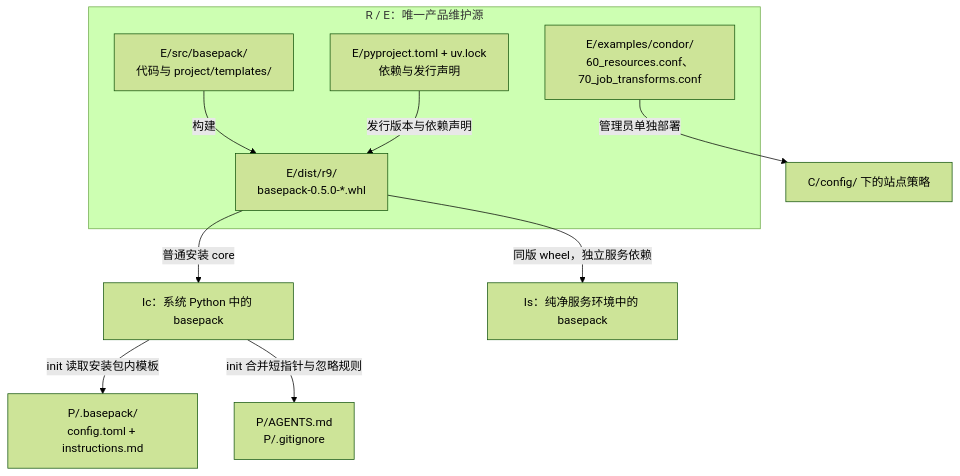
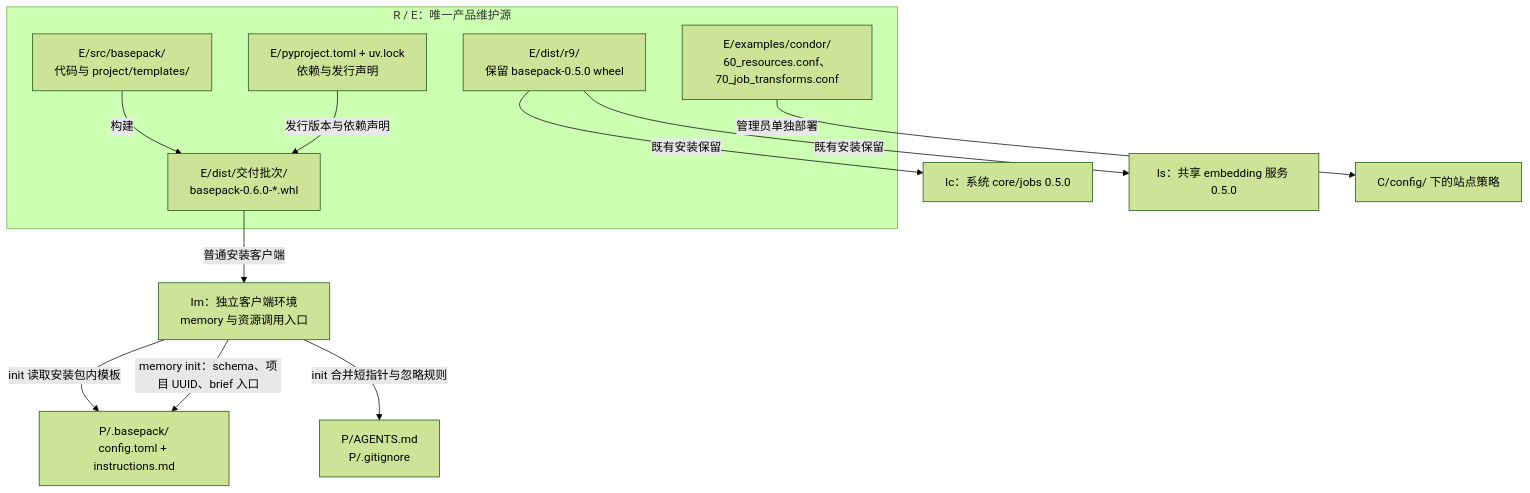
The first of 8 diagrams in devDoc/system/diagrams.md (YS-Pan/basePack), drawn with Mermaid (forest theme) before and after one commit. The commit also changed other lines of this file and 17 other files, not shown here.

Commit message:
feat: ship SurrealDB project memory in basepack 0.6.0

````diff
--- a/devDoc/system/diagrams.md
+++ b/devDoc/system/diagrams.md
@@ -21,16 +22,19 @@
 ```mermaid
 flowchart TB
   subgraph source["R / E：唯一产品维护源"]
     code["E/src/basepack/<br/>代码与 project/templates/"]
     deps["E/pyproject.toml + uv.lock<br/>依赖与发行声明"]
-    wheel["E/dist/r9/<br/>basepack-0.5.0-*.whl"]
+    wheel["E/dist/交付批次/<br/>basepack-0.6.0-*.whl"]
+    r9["E/dist/r9/<br/>保留 basepack-0.5.0 wheel"]
     policy["E/examples/condor/<br/>60_resources.conf、70_job_transforms.conf"]
     code -->|构建| wheel
     deps -->|发行版本与依赖声明| wheel
   end
-  wheel -->|普通安装 core| core["Ic：系统 Python 中的 basepack"]
-  wheel -->|同版 wheel，独立服务依赖| service["Is：纯净服务环境中的 basepack"]
+  wheel -->|普通安装客户端| memory["Im：独立客户端环境<br/>memory 与资源调用入口"]
+  r9 -->|既有安装保留| core["Ic：系统 core/jobs 0.5.0"]
+  r9 -->|既有安装保留| service["Is：共享 embedding 服务 0.5.0"]
   policy -->|管理员单独部署| condor["C/config/ 下的站点策略"]
-  core -->|init 读取安装包内模板| instance["P/.basepack/<br/>config.toml + instructions.md"]
-  core -->|init 合并短指针与忽略规则| entry["P/AGENTS.md<br/>P/.gitignore"]
+  memory -->|init 读取安装包内模板| instance["P/.basepack/<br/>config.toml + instructions.md"]
+  memory -->|init 合并短指针与忽略规则| entry["P/AGENTS.md<br/>P/.gitignore"]
+  memory -->|memory init：schema、项目 UUID、brief 入口| instance
 ```
````
